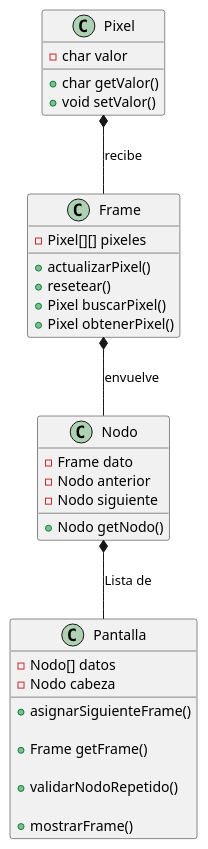
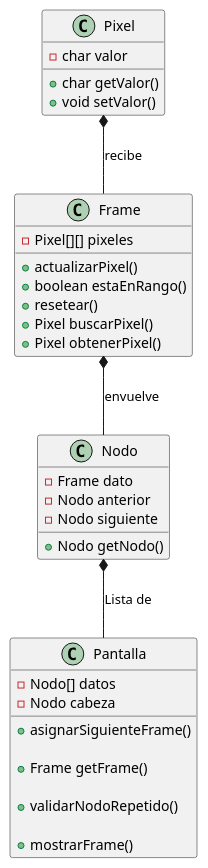
The diagram in entregas/ModoEntrelazado.puml (mmasias/24-25-EDA2), drawn with PlantUML before and after one commit.

Commit message:
Actualizacion clase Frame en el diagrama PUML

```diff
--- a/entregas/ModoEntrelazado.puml
+++ b/entregas/ModoEntrelazado.puml
@@ -1,45 +1,46 @@
 @startuml ModoEntrelazado
 
 class Pixel {
     - char valor
 
     + char getValor()
     + void setValor()
 }
 
 class Frame {
     - Pixel[][] pixeles
 
     + actualizarPixel()
+    + boolean estaEnRango()
     + resetear()
     + Pixel buscarPixel()
     + Pixel obtenerPixel()
 }
 
 class Nodo {
     - Frame dato
     - Nodo anterior
     - Nodo siguiente
 
     + Nodo getNodo()
 }
 
 class Pantalla {
     - Nodo[] datos
     - Nodo cabeza
 
     + asignarSiguienteFrame()
 
     + Frame getFrame()
 
     + validarNodoRepetido()
 
     + mostrarFrame()
 
 }
 
 Pixel *-- Frame : recibe
 Frame *-- Nodo : envuelve
 Nodo *-- Pantalla : Lista de
 
 @enduml
```
